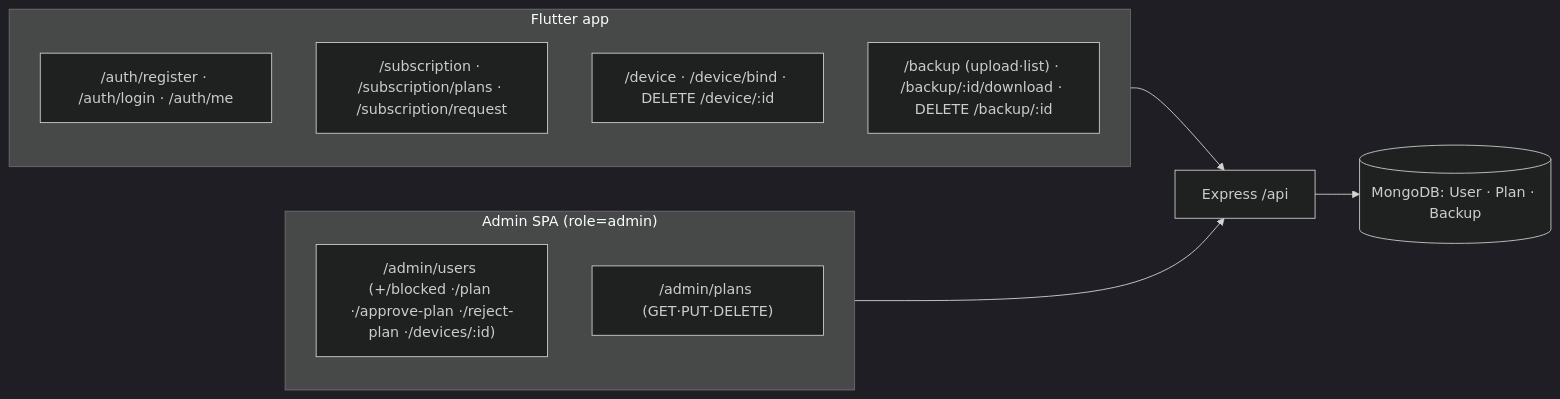
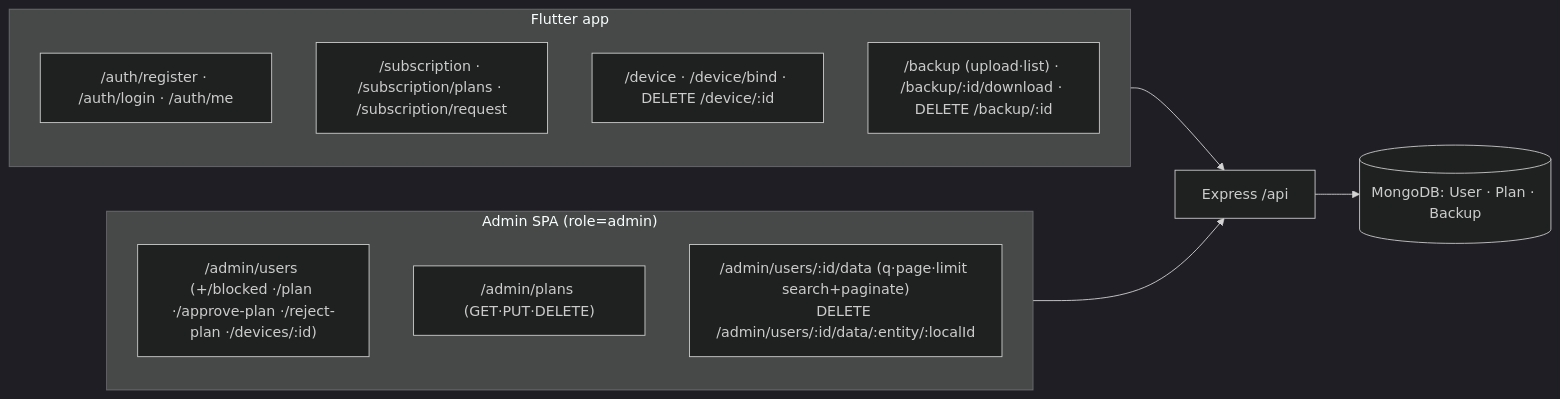
Before and after one commit to toprank2026/generatormanagment-2026: the second of 3 diagrams in STRUCTURE.md, drawn with Mermaid (dark theme). The commit also changed other lines of this file and 10 other files, not shown here.

````diff
--- a/STRUCTURE.md
+++ b/STRUCTURE.md
@@ -154,16 +154,17 @@
 ```mermaid
 flowchart LR
   subgraph App["Flutter app"]
     A1["/auth/register · /auth/login · /auth/me"]
     A2["/subscription · /subscription/plans · /subscription/request"]
     A3["/device · /device/bind · DELETE /device/:id"]
     A4["/backup (upload·list) · /backup/:id/download · DELETE /backup/:id"]
   end
   subgraph Admin["Admin SPA (role=admin)"]
     B1["/admin/users (+/blocked ·/plan ·/approve-plan ·/reject-plan ·/devices/:id)"]
     B2["/admin/plans (GET·PUT·DELETE)"]
+    B3["/admin/users/:id/data (q·page·limit search+paginate)\nDELETE /admin/users/:id/data/:entity/:localId"]
   end
   App --> SRV["Express /api"]
   Admin --> SRV
   SRV --> M[("MongoDB: User · Plan · Backup")]
 ```
````
